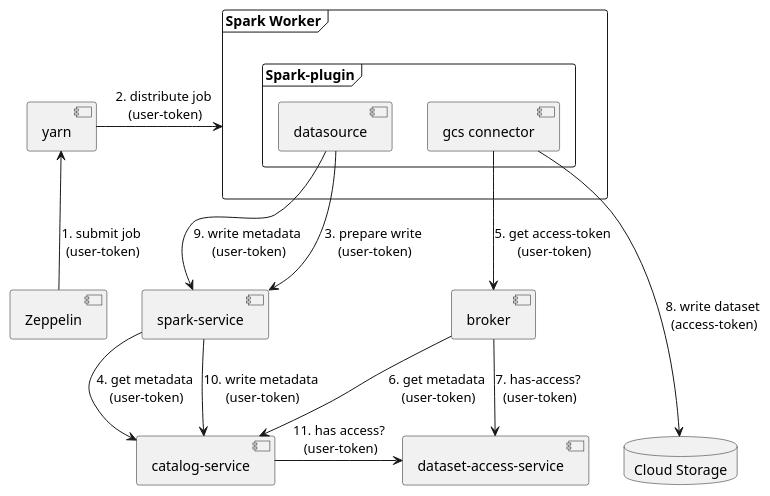
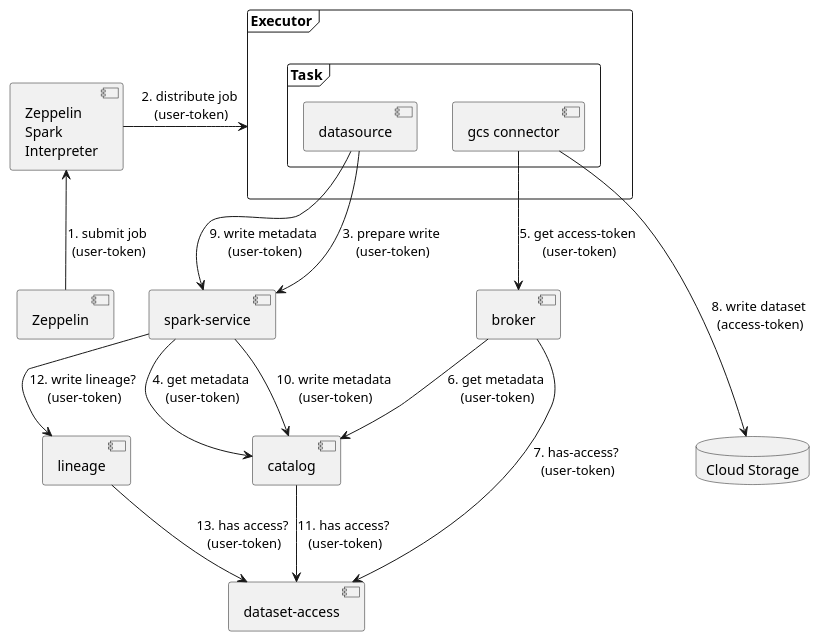
Before and after one commit to statisticsnorway/dapla-project: the diagram in doc/security-write-data-comp.puml, drawn with PlantUML. The commit also changed 1 other file, not shown here.

Commit message:
Updated security read/write component diagrams

```diff
--- a/doc/security-write-data-comp.puml
+++ b/doc/security-write-data-comp.puml
@@ -1,30 +1,33 @@
 @startuml
 
-[yarn] as yarn
+[Zeppelin\nSpark\nInterpreter] as interpreter
 [Zeppelin] as zeppelin
-[dataset-access-service] as da_s
-[catalog-service] as catalog
+[dataset-access] as da_s
+[catalog] as catalog
+[lineage] as lineage
 [spark-service] as sp_s
 [broker] as broker
 database "Cloud Storage" as gcs {
 }
-frame "Spark Worker" as worker {
-  frame "Spark-plugin" {
+frame "Executor" as worker {
+  frame "Task" as task {
     [datasource] as datasource
     [gcs connector] as gcs_connector
   }
 }
 
-zeppelin -u-> yarn : 1. submit job\n (user-token)
-yarn -> worker : 2. distribute job\n (user-token)
+zeppelin -u-> interpreter : 1. submit job\n (user-token)
+interpreter -> worker : 2. distribute job\n (user-token)
 datasource --> sp_s : 3. prepare write\n (user-token)
 sp_s --> catalog : 4. get metadata\n (user-token)
 gcs_connector --> broker : 5. get access-token\n (user-token)
 broker --> catalog : 6. get metadata\n (user-token)
 broker --> da_s : 7. has-access?\n (user-token)
 gcs_connector ---> gcs : 8. write dataset\n (access-token)
 datasource -> sp_s : 9. write metadata\n (user-token)
 sp_s -> catalog : 10. write metadata\n (user-token)
 catalog -> da_s : 11. has access?\n (user-token)
+sp_s --> lineage : 12. write lineage?\n (user-token)
+lineage --> da_s : 13. has access?\n (user-token)
 
 @enduml
```
